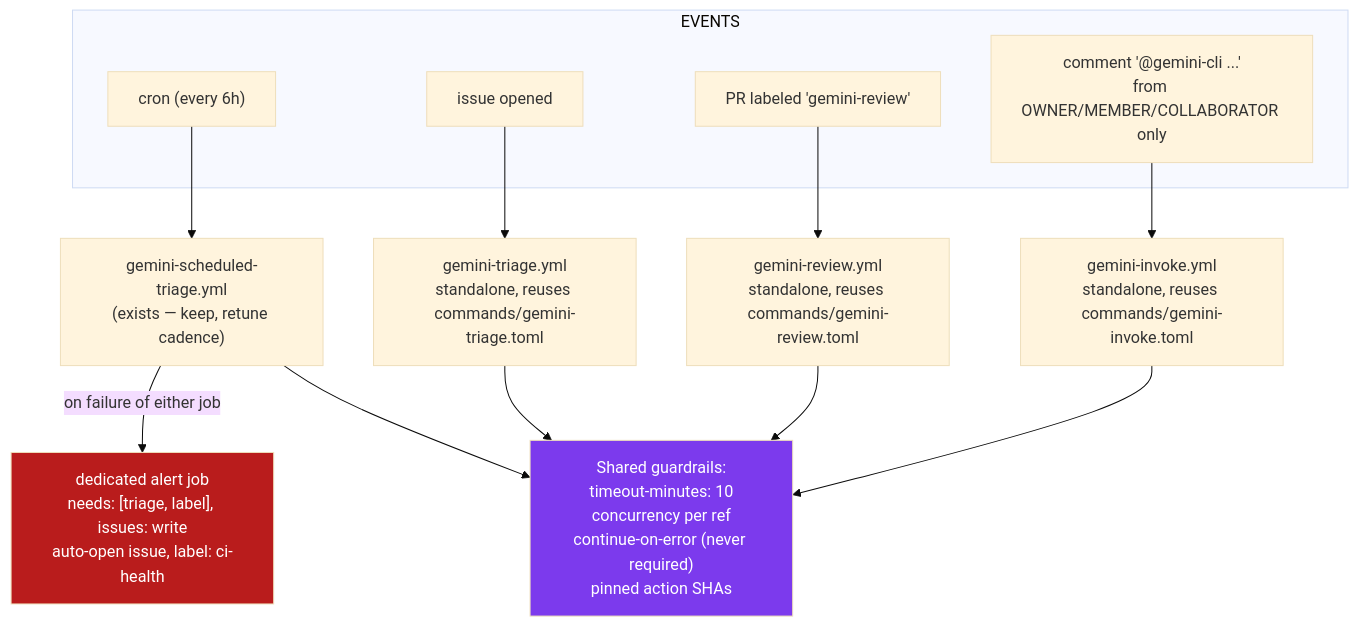
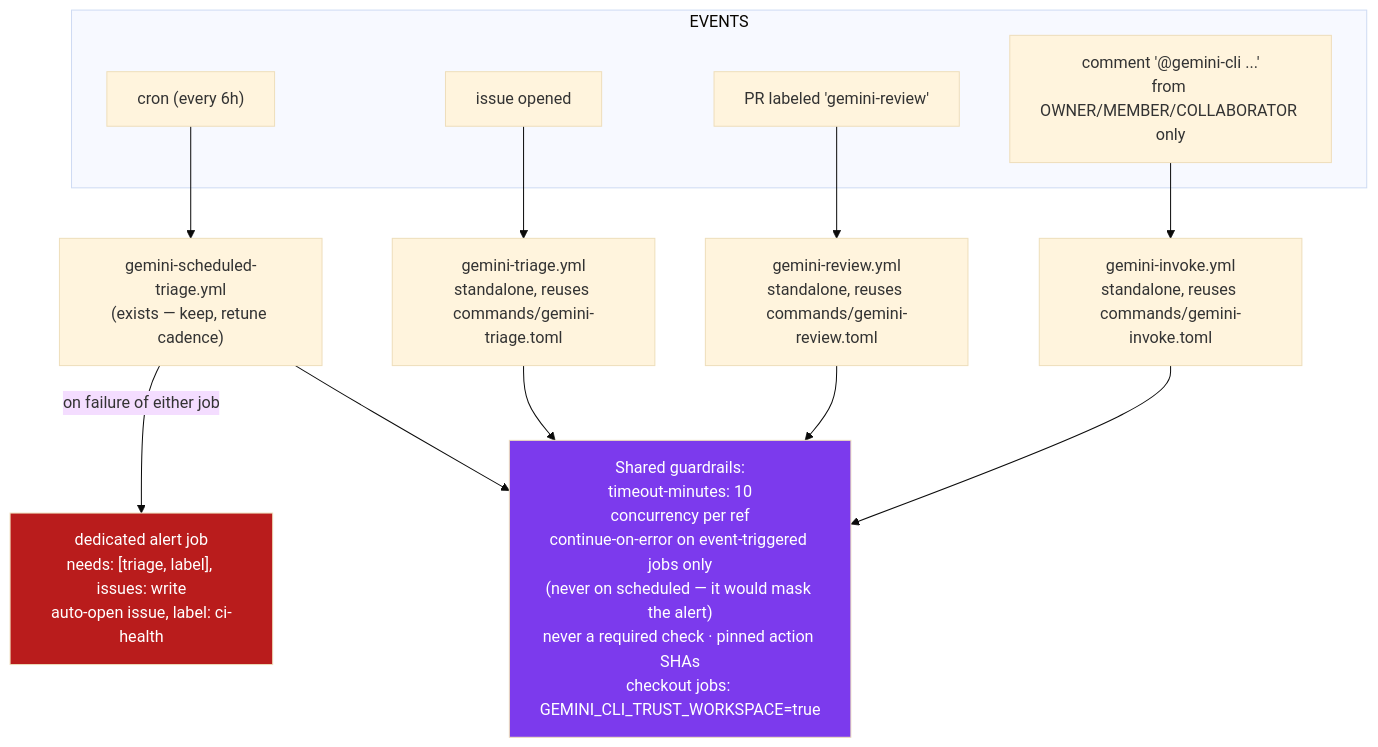
One commit to adamtasteslikegood/tasteslikegood.com changed the diagram in docs/ci/refresh/SPEC-02-ai-triage-and-review.md. Above: the diagram before and after it, drawn with Mermaid (base theme). The commit also changed other lines of this file and 3 other files, not shown here.

First line of the commit message:
docs(ci): address Copilot round 2 — alert masking, workspace trust, approval gate, Dependabot secrets

````diff
--- a/docs/ci/refresh/SPEC-02-ai-triage-and-review.md
+++ b/docs/ci/refresh/SPEC-02-ai-triage-and-review.md
@@ -52,17 +52,17 @@
 ```mermaid
 flowchart TD
     subgraph EVENTS
         E1["cron (every 6h)"]
         E2["issue opened"]
         E3["PR labeled 'gemini-review'"]
         E4["comment '@gemini-cli ...'<br/>from OWNER/MEMBER/COLLABORATOR only"]
     end
     E1 --> W1["gemini-scheduled-triage.yml<br/>(exists — keep, retune cadence)"]
     E2 --> W2["gemini-triage.yml<br/>standalone, reuses commands/gemini-triage.toml"]
     E3 --> W3["gemini-review.yml<br/>standalone, reuses commands/gemini-review.toml"]
     E4 --> W4["gemini-invoke.yml<br/>standalone, reuses commands/gemini-invoke.toml"]
-    W1 & W2 & W3 & W4 --> GUARD["Shared guardrails:<br/>timeout-minutes: 10<br/>concurrency per ref<br/>continue-on-error (never required)<br/>pinned action SHAs"]
+    W1 & W2 & W3 & W4 --> GUARD["Shared guardrails:<br/>timeout-minutes: 10<br/>concurrency per ref<br/>continue-on-error on event-triggered jobs only<br/>(never on scheduled — it would mask the alert)<br/>never a required check · pinned action SHAs<br/>checkout jobs: GEMINI_CLI_TRUST_WORKSPACE=true"]
     W1 -->|on failure of either job| ALERT["dedicated alert job<br/>needs: [triage, label], issues: write<br/>auto-open issue, label: ci-health"]
     style GUARD fill:#7c3aed,color:#fff
     style ALERT fill:#b91c1c,color:#fff
 ```
````
